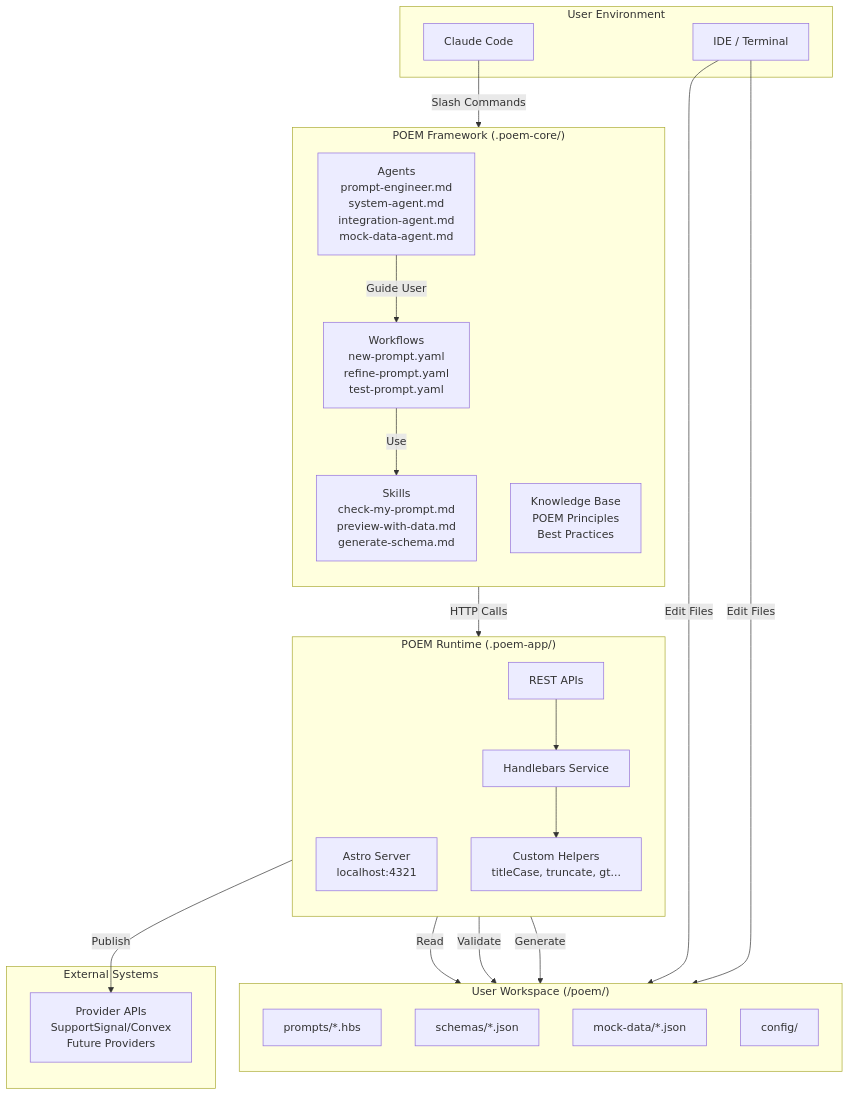
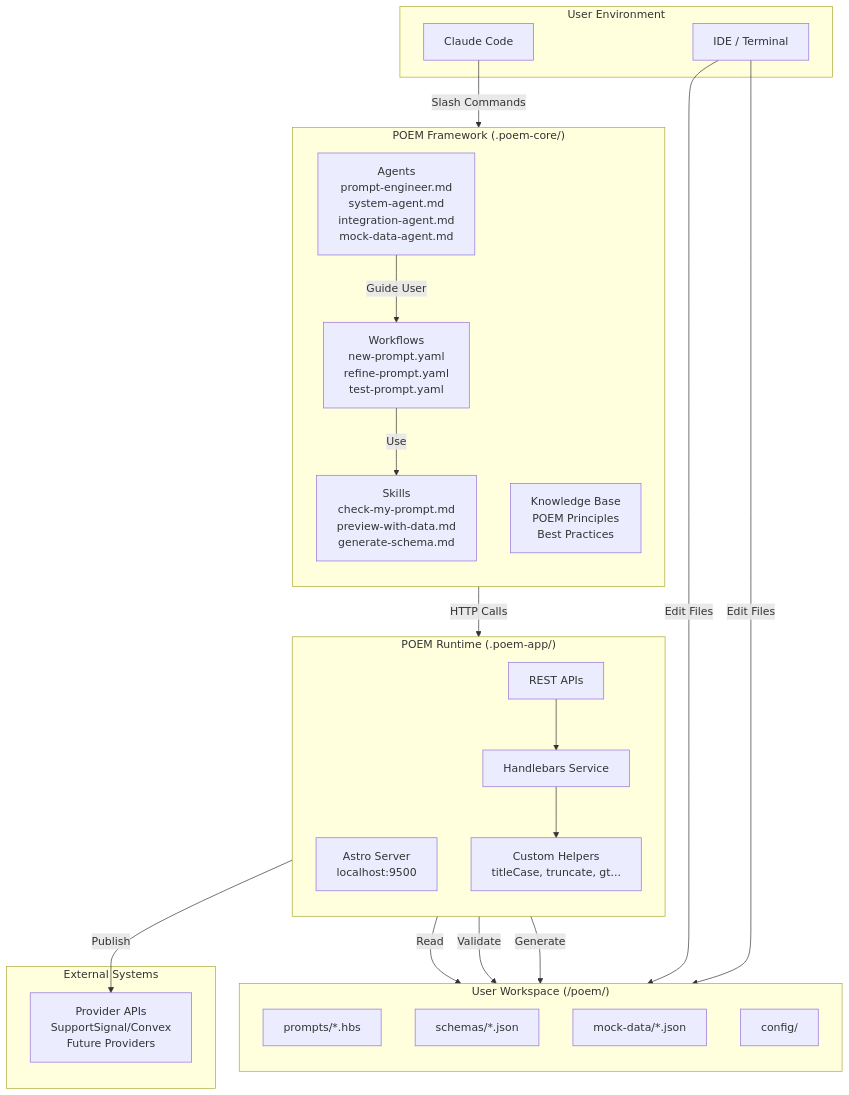
Before and after one commit to poem-os/poem: the first of 10 diagrams in docs/architecture.md, drawn with Mermaid. The commit also changed other lines of this file and 13 other files, not shown here.

````diff
--- a/docs/architecture.md
+++ b/docs/architecture.md
@@ -92,51 +92,51 @@
 ```mermaid
 graph TB
     subgraph "User Environment"
         CC[Claude Code]
         IDE[IDE / Terminal]
     end
 
     subgraph "POEM Framework (.poem-core/)"
         direction TB
         AG[Agents<br/>prompt-engineer.md<br/>system-agent.md<br/>integration-agent.md<br/>mock-data-agent.md]
         WF[Workflows<br/>new-prompt.yaml<br/>refine-prompt.yaml<br/>test-prompt.yaml]
         SK[Skills<br/>check-my-prompt.md<br/>preview-with-data.md<br/>generate-schema.md]
         KB[Knowledge Base<br/>POEM Principles<br/>Best Practices]
     end
 
     subgraph "POEM Runtime (.poem-app/)"
         direction TB
-        ASTRO[Astro Server<br/>localhost:4321]
+        ASTRO[Astro Server<br/>localhost:9500]
         HBS[Handlebars Service]
         HELP[Custom Helpers<br/>titleCase, truncate, gt...]
         API[REST APIs]
     end
 
     subgraph "User Workspace (/poem/)"
         direction TB
         PROMPTS[prompts/*.hbs]
         SCHEMAS[schemas/*.json]
         MOCK[mock-data/*.json]
         CONFIG[config/]
     end
 
     subgraph "External Systems"
         PROV[Provider APIs<br/>SupportSignal/Convex<br/>Future Providers]
     end
 
     CC -->|Slash Commands| AG
     AG -->|Guide User| WF
     WF -->|Use| SK
     SK -->|HTTP Calls| API
 
     API --> HBS
     HBS --> HELP
     HBS -->|Read| PROMPTS
     HBS -->|Validate| SCHEMAS
 
     API -->|Generate| MOCK
     API -->|Publish| PROV
 
     IDE -->|Edit Files| PROMPTS
     IDE -->|Edit Files| SCHEMAS
 ```
````
